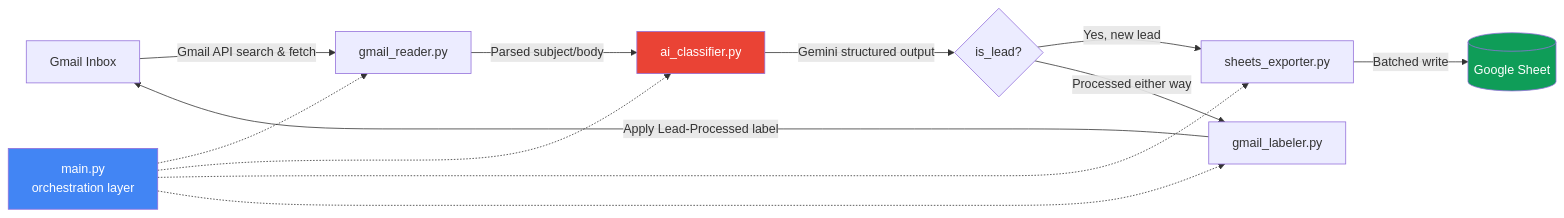
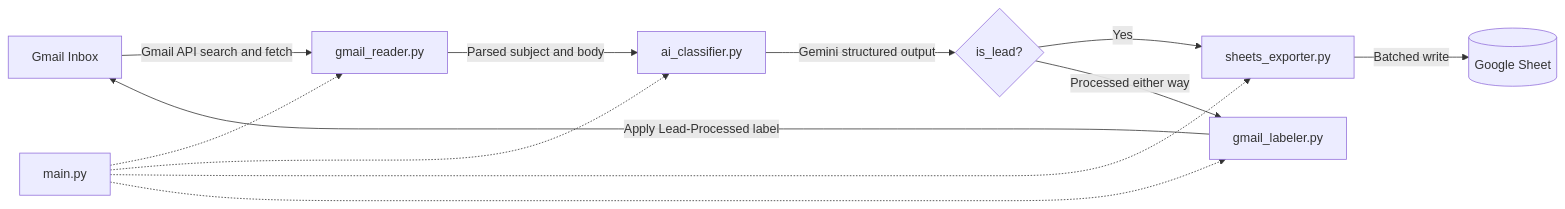
One commit to SaraKhan-24/GmailLeadExtractor changed the diagram in README.md. Above: the diagram before and after it, drawn with Mermaid. The commit also changed other lines of this file and 1 other file, not shown here.

````diff
--- a/README.md
+++ b/README.md
@@ -38,19 +28,14 @@
 ```mermaid
 flowchart LR
-    A[Gmail Inbox] -->|Gmail API search & fetch| B[gmail_reader.py]
-    B -->|Parsed subject/body| C[ai_classifier.py]
+    A[Gmail Inbox] -->|Gmail API search and fetch| B[gmail_reader.py]
+    B -->|Parsed subject and body| C[ai_classifier.py]
     C -->|Gemini structured output| D{is_lead?}
-    D -->|Yes, new lead| E[sheets_exporter.py]
+    D -->|Yes| E[sheets_exporter.py]
     D -->|Processed either way| F[gmail_labeler.py]
     E -->|Batched write| G[(Google Sheet)]
     F -->|Apply Lead-Processed label| A
-
-    H[main.py<br/>orchestration layer] -.-> B
+    H[main.py] -.-> B
     H -.-> C
     H -.-> E
     H -.-> F
-
-    style H fill:#4285F4,color:#fff
-    style G fill:#0F9D58,color:#fff
-    style C fill:#EA4335,color:#fff
 ```
````
